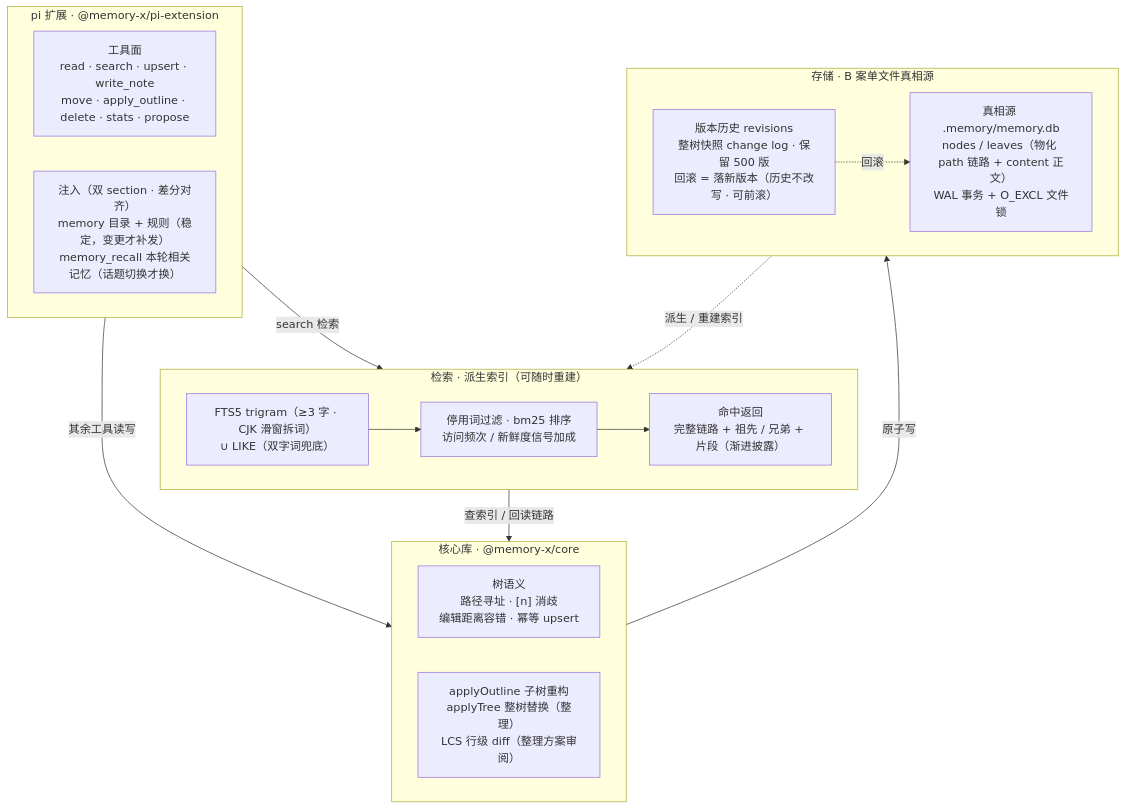
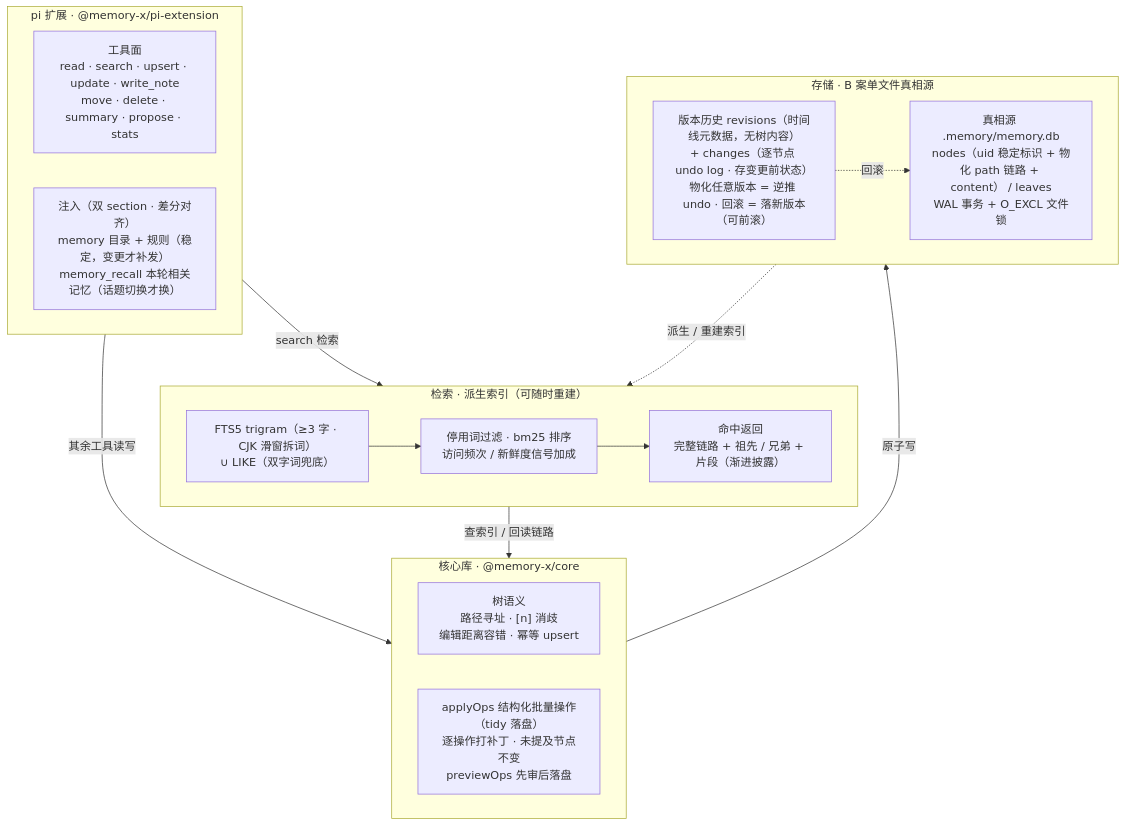
Before and after one commit to allmonday/memory-x: the diagram in README.md, drawn with Mermaid. The commit also changed other lines of this file and 19 other files, not shown here.

First line of the commit message:
feat(memory): MVCC 版本历史（去整树快照）+ tidy 结构化操作

````diff
--- a/README.md
+++ b/README.md
@@ -11,33 +11,33 @@
 ```mermaid
 flowchart TB
     subgraph EXT["pi 扩展 · @memory-x/pi-extension"]
         direction LR
-        TOOLS["工具面<br/>read · search · upsert · write_note<br/>move · apply_outline · delete · stats · propose"]
+        TOOLS["工具面<br/>read · search · upsert · update · write_note<br/>move · delete · summary · propose · stats"]
         INJ["注入（双 section · 差分对齐）<br/>memory 目录 + 规则（稳定，变更才补发）<br/>memory_recall 本轮相关记忆（话题切换才换）"]
     end
 
     subgraph RET["检索 · 派生索引（可随时重建）"]
         direction LR
         FTS["FTS5 trigram（≥3 字 · CJK 滑窗拆词）<br/>∪ LIKE（双字词兜底）"] --> RANK["停用词过滤 · bm25 排序<br/>访问频次 / 新鲜度信号加成"]
         RANK --> HIT["命中返回<br/>完整链路 + 祖先 / 兄弟 + 片段（渐进披露）"]
     end
 
     subgraph CORE["核心库 · @memory-x/core"]
         direction LR
         TREE["树语义<br/>路径寻址 · [n] 消歧<br/>编辑距离容错 · 幂等 upsert"]
-        RESTRUCT["applyOutline 子树重构<br/>applyTree 整树替换（整理）<br/>LCS 行级 diff（整理方案审阅）"]
+        RESTRUCT["applyOps 结构化批量操作（tidy 落盘）<br/>逐操作打补丁 · 未提及节点不变<br/>previewOps 先审后落盘"]
     end
 
     subgraph STORE["存储 · B 案单文件真相源"]
         direction LR
-        DB["真相源 .memory/memory.db<br/>nodes / leaves（物化 path 链路 + content 正文）<br/>WAL 事务 + O_EXCL 文件锁"]
-        REV["版本历史 revisions<br/>整树快照 change log · 保留 500 版<br/>回滚 = 落新版本（历史不改写 · 可前滚）"]
+        DB["真相源 .memory/memory.db<br/>nodes（uid 稳定标识 + 物化 path 链路 + content） / leaves<br/>WAL 事务 + O_EXCL 文件锁"]
+        REV["版本历史 revisions（时间线元数据，无树内容）<br/>+ changes（逐节点 undo log · 存变更前状态）<br/>物化任意版本 = 逆推 undo · 回滚 = 落新版本（可前滚）"]
     end
 
     EXT -->|"search 检索"| RET
     EXT -->|"其余工具读写"| CORE
     RET -->|"查索引 / 回读链路"| CORE
     CORE -->|"原子写"| STORE
     REV -. "回滚" .-> DB
     STORE -. "派生 / 重建索引" .-> RET
 ```
````
